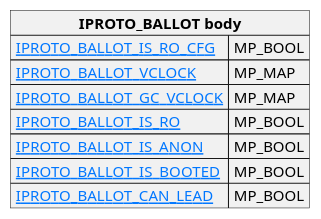
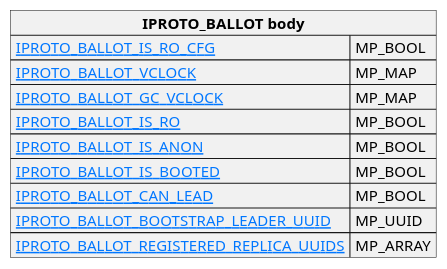
One commit to tarantool/doc changed the diagram in doc/dev_guide/internals/iproto/images/repl_ballot.puml. Above: the diagram before and after it, drawn with PlantUML. The commit also changed 5 other files, not shown here.

Commit message:
Add IPROTO_BALLOT_ keys, update IPROTO_TERM

```diff
--- a/doc/dev_guide/internals/iproto/images/repl_ballot.puml
+++ b/doc/dev_guide/internals/iproto/images/repl_ballot.puml
@@ -1,20 +1,22 @@
 @startuml
 
 skinparam {
     HyperlinkColor #0077FF
     FontColor #313131
     BorderColor #313131
     BackgroundColor transparent
 }
 
 json "**IPROTO_BALLOT body**" as ballot {
-    "[[https://tarantool.io/en/doc/latest/dev_guide/internals/iproto/keys IPROTO_BALLOT_IS_RO_CFG]]": "MP_BOOL",
-    "[[https://tarantool.io/en/doc/latest/dev_guide/internals/iproto/keys IPROTO_BALLOT_VCLOCK]]": "MP_MAP",
-    "[[https://tarantool.io/en/doc/latest/dev_guide/internals/iproto/keys IPROTO_BALLOT_GC_VCLOCK]]": "MP_MAP",
-    "[[https://tarantool.io/en/doc/latest/dev_guide/internals/iproto/keys IPROTO_BALLOT_IS_RO]]": "MP_BOOL",
-    "[[https://tarantool.io/en/doc/latest/dev_guide/internals/iproto/keys IPROTO_BALLOT_IS_ANON]]": "MP_BOOL",
-    "[[https://tarantool.io/en/doc/latest/dev_guide/internals/iproto/keys IPROTO_BALLOT_IS_BOOTED]]": "MP_BOOL",
-    "[[https://tarantool.io/en/doc/latest/dev_guide/internals/iproto/keys IPROTO_BALLOT_CAN_LEAD]]": "MP_BOOL"
+    "[[https://tarantool.io/en/doc/latest/dev_guide/internals/iproto/keys/#general-replication IPROTO_BALLOT_IS_RO_CFG]]": "MP_BOOL",
+    "[[https://tarantool.io/en/doc/latest/dev_guide/internals/iproto/keys/#general-replication IPROTO_BALLOT_VCLOCK]]": "MP_MAP",
+    "[[https://tarantool.io/en/doc/latest/dev_guide/internals/iproto/keys/#general-replication IPROTO_BALLOT_GC_VCLOCK]]": "MP_MAP",
+    "[[https://tarantool.io/en/doc/latest/dev_guide/internals/iproto/keys/#general-replication IPROTO_BALLOT_IS_RO]]": "MP_BOOL",
+    "[[https://tarantool.io/en/doc/latest/dev_guide/internals/iproto/keys/#general-replication IPROTO_BALLOT_IS_ANON]]": "MP_BOOL",
+    "[[https://tarantool.io/en/doc/latest/dev_guide/internals/iproto/keys/#general-replication IPROTO_BALLOT_IS_BOOTED]]": "MP_BOOL",
+    "[[https://tarantool.io/en/doc/latest/dev_guide/internals/iproto/keys/#general-replication IPROTO_BALLOT_CAN_LEAD]]": "MP_BOOL",
+    "[[https://tarantool.io/en/doc/latest/dev_guide/internals/iproto/keys/#general-replication IPROTO_BALLOT_BOOTSTRAP_LEADER_UUID]]": "MP_UUID",
+    "[[https://tarantool.io/en/doc/latest/dev_guide/internals/iproto/keys/#general-replication IPROTO_BALLOT_REGISTERED_REPLICA_UUIDS]]": "MP_ARRAY"
 }
 
 @enduml
```
